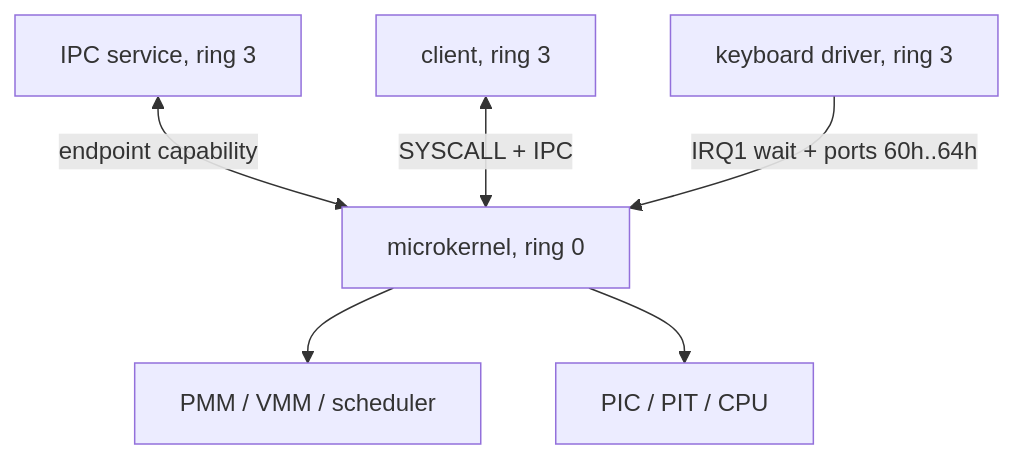
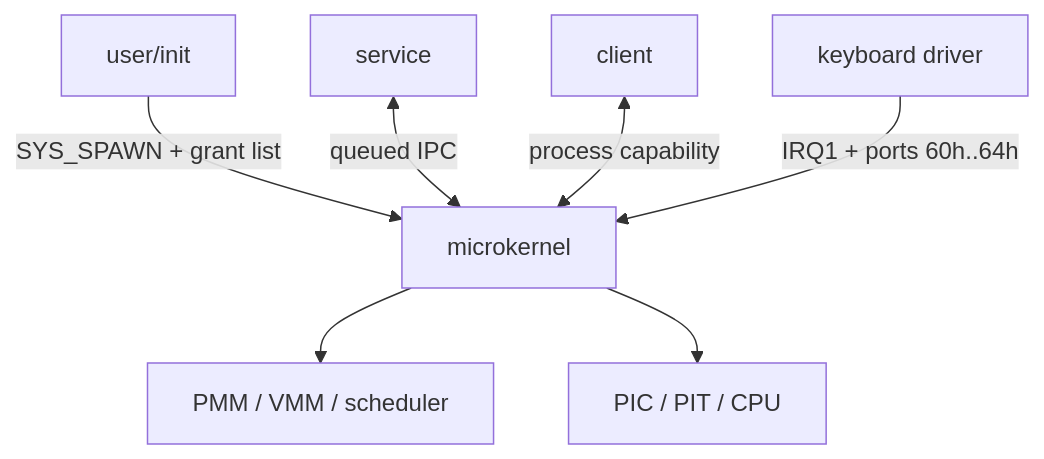
Before and after one commit to VladimirKraswov/varania-os: the first of 2 diagrams in docs/ARCHITECTURE.md, drawn with Mermaid. The commit also changed other lines of this file and 41 other files, not shown here.

Commit message:
Add ELF user space and dynamic process lifecycle

````diff
--- a/docs/ARCHITECTURE.md
+++ b/docs/ARCHITECTURE.md
@@ -17,8 +17,9 @@
 ```mermaid
 flowchart TB
-    U1["IPC service, ring 3"] <-->|"endpoint capability"| K["microkernel, ring 0"]
-    U2["client, ring 3"] <-->|"SYSCALL + IPC"| K
-    D["keyboard driver, ring 3"] -->|"IRQ1 wait + ports 60h..64h"| K
+    I["user/init"] -->|"SYS_SPAWN + grant list"| K["microkernel"]
+    S["service"] <-->|"queued IPC"| K
+    C["client"] <-->|"process capability"| K
+    D["keyboard driver"] -->|"IRQ1 + ports 60h..64h"| K
     K --> M["PMM / VMM / scheduler"]
     K --> H["PIC / PIT / CPU"]
 ```
````
